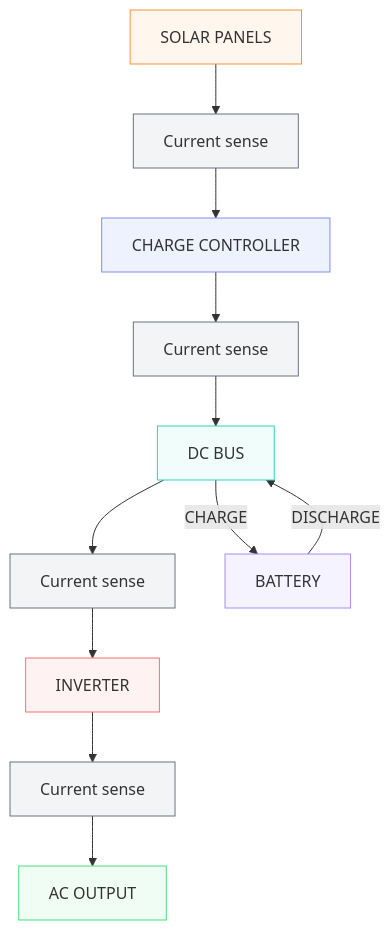
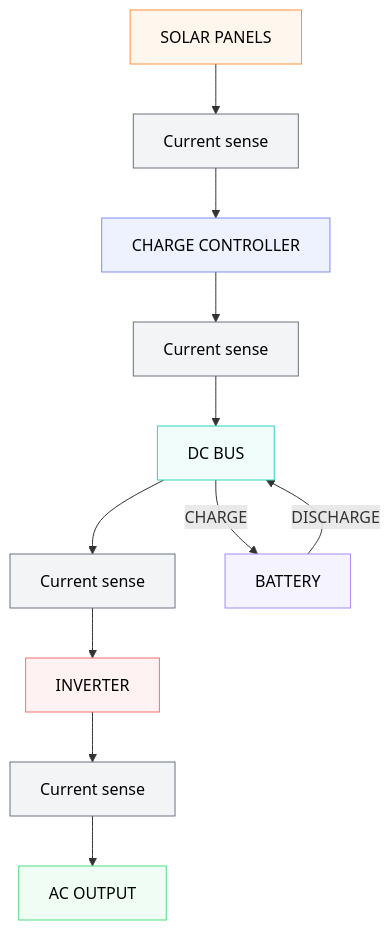
One commit to bearjhartjen/Lamoka1-project changed the diagram in HARDWARE/Design_Notes.md. Above: the diagram before and after it, drawn with Mermaid.

Commit message:
That last improvement to the flow chart was perfect except for the text, this will make the inside text black for better visability on the bright boxes

````diff
--- a/HARDWARE/Design_Notes.md
+++ b/HARDWARE/Design_Notes.md
@@ -64,31 +64,31 @@
 ```mermaid
 graph TD
     SolarPanels["SOLAR PANELS"] --> CS1["Current sense"]
     CS1 --> ChargeController["CHARGE CONTROLLER"]
     ChargeController --> CS2["Current sense"]
     CS2 --> DCBus["DC BUS"]
     DCBus --> CS3["Current sense"]
     CS3 --> Inverter["INVERTER"]
     Inverter --> CS4["Current sense"]
     CS4 --> ACOutput["AC OUTPUT"]
 
     Battery["BATTERY"]
     DCBus -->|CHARGE| Battery
     Battery -->|DISCHARGE| DCBus
 
-    classDef solar stroke:#fb923c,fill:#fff7ed
-    classDef control stroke:#818cf8,fill:#eef2ff
-    classDef bus stroke:#2dd4bf,fill:#f0fdfa
-    classDef power stroke:#f87171,fill:#fef2f2
-    classDef output stroke:#4ade80,fill:#f0fdf4
-    classDef storage stroke:#a78bfa,fill:#f5f3ff
-    classDef sensor stroke:#6b7280,fill:#f3f4f6
+    classDef solar stroke:#fb923c,fill:#fff7ed,color:#000
+    classDef control stroke:#818cf8,fill:#eef2ff,color:#000
+    classDef bus stroke:#2dd4bf,fill:#f0fdfa,color:#000
+    classDef power stroke:#f87171,fill:#fef2f2,color:#000
+    classDef output stroke:#4ade80,fill:#f0fdf4,color:#000
+    classDef storage stroke:#a78bfa,fill:#f5f3ff,color:#000
+    classDef sensor stroke:#6b7280,fill:#f3f4f6,color:#000
 
     class SolarPanels solar
     class ChargeController control
     class DCBus bus
     class Inverter power
     class ACOutput output
     class Battery storage
     class CS1,CS2,CS3,CS4 sensor
 ```
````
